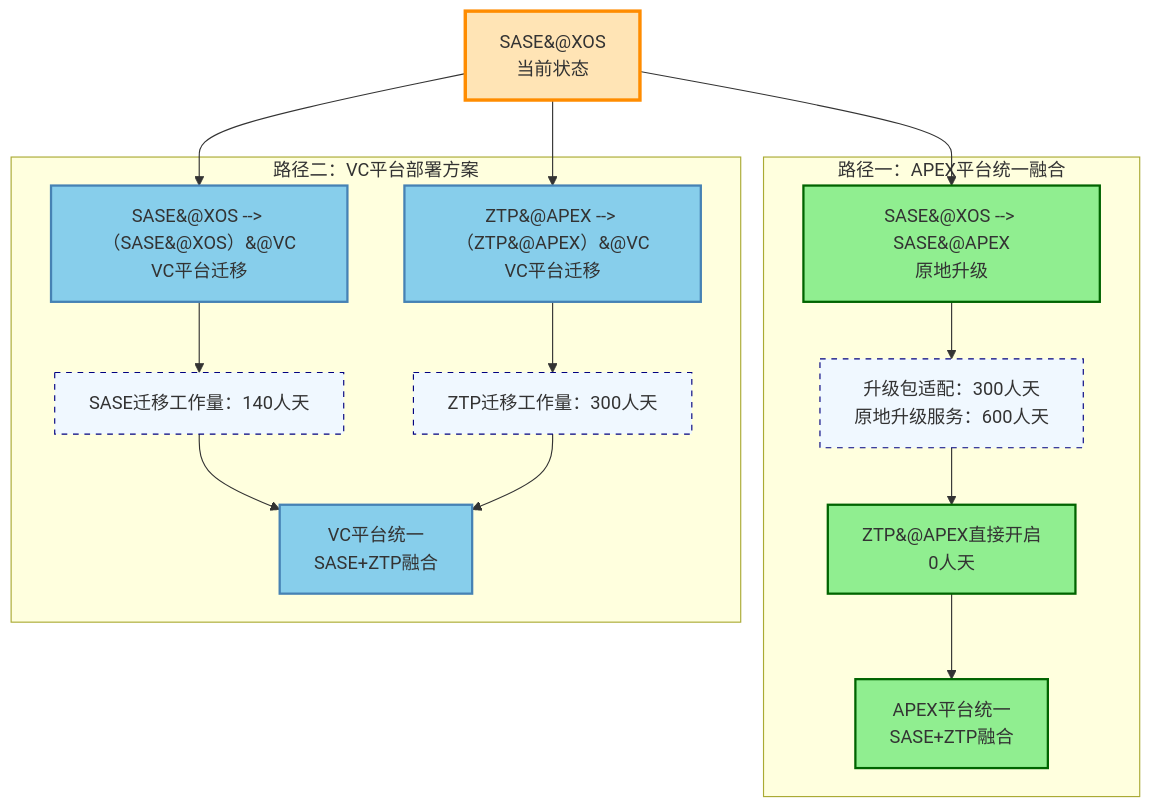
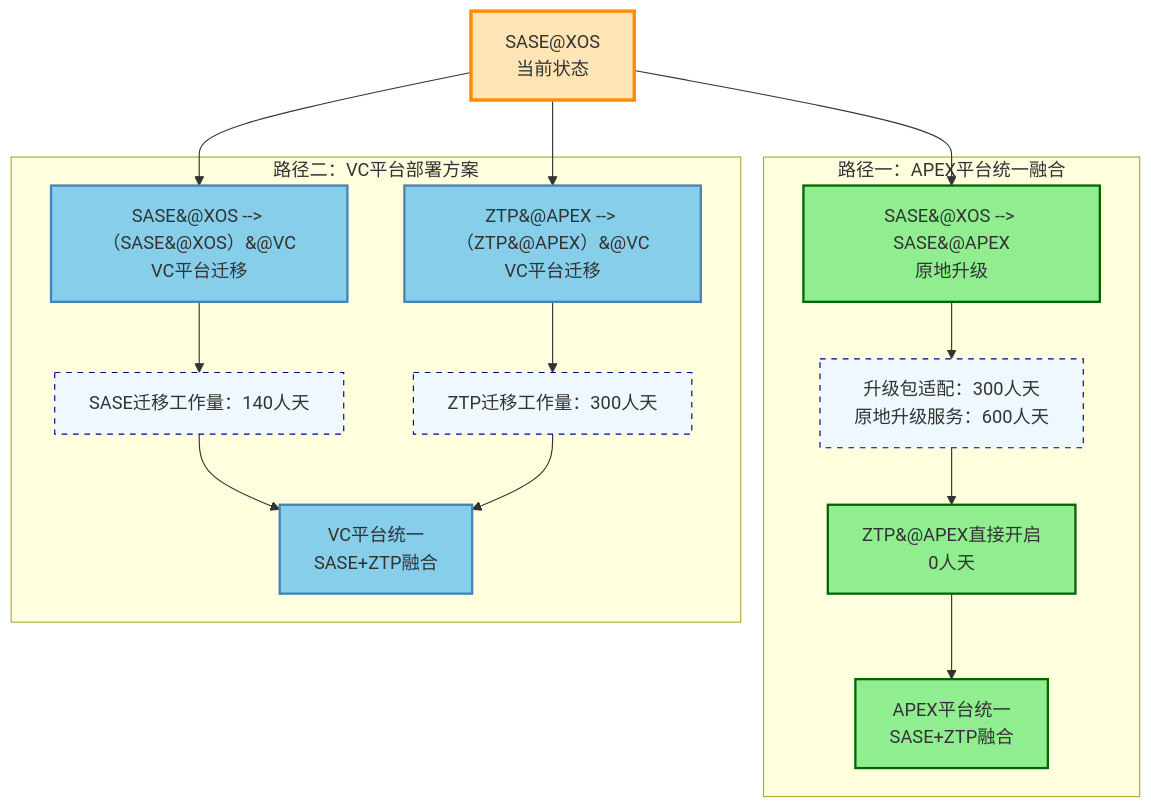
The second of 4 diagrams in examples/PA/merge/vc.md (turtacn/PersonalAI), drawn with Mermaid before and after one commit.

Commit message:
cloudlink and slo-sentinel

````diff
--- a/examples/PA/merge/vc.md
+++ b/examples/PA/merge/vc.md
@@ -39,46 +39,46 @@
 ```mermaid
 graph TD
     %% 图例和样式定义
     classDef startNode fill:#FFE4B5,stroke:#FF8C00,stroke-width:3px
     classDef path1Node fill:#90EE90,stroke:#006400,stroke-width:2px
     classDef path2Node fill:#87CEEB,stroke:#4682B4,stroke-width:2px
     classDef finalNode fill:#DDA0DD,stroke:#8B008B,stroke-width:3px
     classDef workload fill:#F0F8FF,stroke:#000080,stroke-width:1px,stroke-dasharray: 5 5
     
-    START[SASE&#64;XOS<br/>当前状态]
+    START[SASE#64;XOS<br/>当前状态]
     
     %% 路径一：APEX统一平台
     subgraph PATH1[路径一：APEX平台统一融合]
         P1_STEP1[SASE&#64;XOS --> SASE&#64;APEX<br/>原地升级]
         P1_WORK1[升级包适配：300人天<br/>原地升级服务：600人天]
         P1_STEP2[ZTP&#64;APEX直接开启<br/>0人天]
         P1_FINAL[APEX平台统一<br/>SASE+ZTP融合]
         
         P1_STEP1 --> P1_WORK1
         P1_WORK1 --> P1_STEP2
         P1_STEP2 --> P1_FINAL
     end
     
     %% 路径二：VC平台部署
     subgraph PATH2[路径二：VC平台部署方案]
         P2_STEP1[SASE&#64;XOS --> （SASE&#64;XOS）&#64;VC<br/>VC平台迁移]
         P2_WORK1[SASE迁移工作量：140人天]
         P2_STEP2[ZTP&#64;APEX --> （ZTP&#64;APEX）&#64;VC<br/>VC平台迁移]
         P2_WORK2[ZTP迁移工作量：300人天]
         P2_FINAL[VC平台统一<br/>SASE+ZTP融合]
         
         P2_STEP1 --> P2_WORK1
         P2_STEP2 --> P2_WORK2
         P2_WORK1 --> P2_FINAL
         P2_WORK2 --> P2_FINAL
     end
     
     START --> P1_STEP1
     START --> P2_STEP1
     START --> P2_STEP2
     
     class START startNode
     class P1_STEP1,P1_STEP2,P1_FINAL path1Node
     class P2_STEP1,P2_STEP2,P2_FINAL path2Node
     class P1_WORK1,P2_WORK1,P2_WORK2 workload
 ```
````
